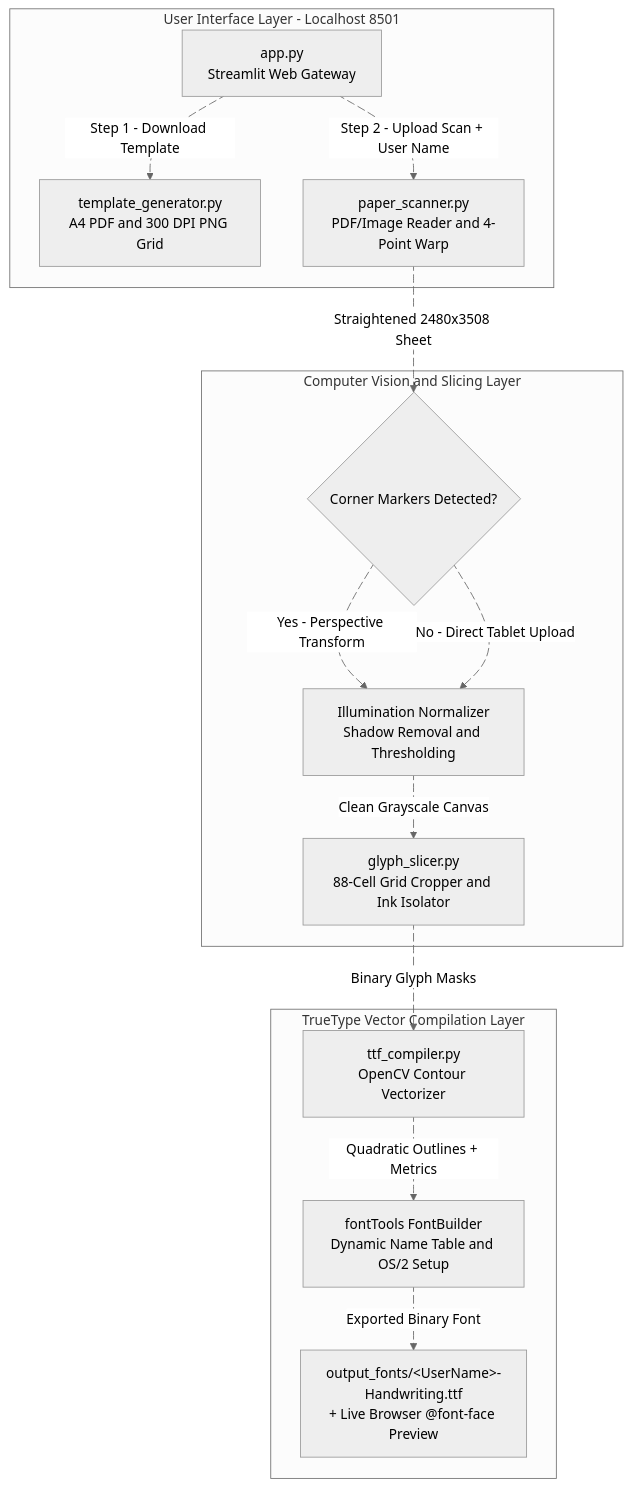
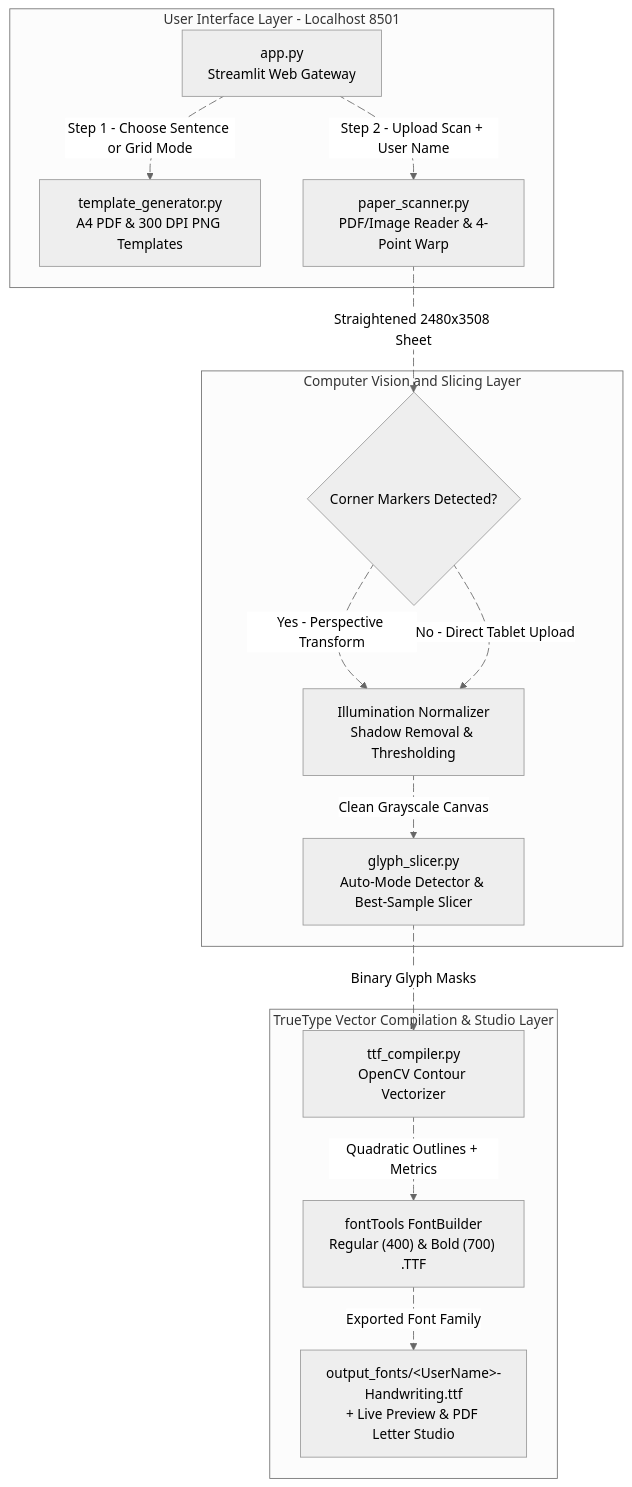
One commit to SRINIVASTA/handwriting-to-ttf changed the diagram in README.md. Above: the diagram before and after it, drawn with Mermaid (neutral theme). The commit also changed other lines of this file, not shown here.

````diff
--- a/README.md
+++ b/README.md
@@ -31,30 +29,30 @@
 ```mermaid
 flowchart TD
     subgraph User_Interface_Layer["User Interface Layer - Localhost 8501"]
-        A["app.py<br>Streamlit Web Gateway"] e1@-->|"Step 1 - Download Template"| B["template_generator.py<br>A4 PDF and 300 DPI PNG Grid"]
-        A e2@-->|"Step 2 - Upload Scan + User Name"| C["paper_scanner.py<br>PDF/Image Reader and 4-Point Warp"]
+        A["app.py<br>Streamlit Web Gateway"] e1@-->|"Step 1 - Choose Sentence or Grid Mode"| B["template_generator.py<br>A4 PDF & 300 DPI PNG Templates"]
+        A e2@-->|"Step 2 - Upload Scan + User Name"| C["paper_scanner.py<br>PDF/Image Reader & 4-Point Warp"]
     end
 
     subgraph Vision_Processing_Layer["Computer Vision and Slicing Layer"]
         C e3@-->|"Straightened 2480x3508 Sheet"| D{"Corner Markers Detected?"}
-        D e4@-->|"Yes - Perspective Transform"| E["Illumination Normalizer<br>Shadow Removal and Thresholding"]
+        D e4@-->|"Yes - Perspective Transform"| E["Illumination Normalizer<br>Shadow Removal & Thresholding"]
         D e5@-->|"No - Direct Tablet Upload"| E
-        E e6@-->|"Clean Grayscale Canvas"| F["glyph_slicer.py<br>88-Cell Grid Cropper and Ink Isolator"]
+        E e6@-->|"Clean Grayscale Canvas"| F["glyph_slicer.py<br>Auto-Mode Detector & Best-Sample Slicer"]
     end
 
-    subgraph Font_Compilation_Layer["TrueType Vector Compilation Layer"]
+    subgraph Font_Compilation_Layer["TrueType Vector Compilation & Studio Layer"]
         F e7@-->|"Binary Glyph Masks"| G["ttf_compiler.py<br>OpenCV Contour Vectorizer"]
-        G e8@-->|"Quadratic Outlines + Metrics"| H["fontTools FontBuilder<br>Dynamic Name Table and OS/2 Setup"]
-        H e9@-->|"Exported Binary Font"| I["output_fonts/&lt;UserName&gt;-Handwriting.ttf<br>+ Live Browser @font-face Preview"]
+        G e8@-->|"Quadratic Outlines + Metrics"| H["fontTools FontBuilder<br>Regular (400) & Bold (700) .TTF"]
+        H e9@-->|"Exported Font Family"| I["output_fonts/&lt;UserName&gt;-Handwriting.ttf<br>+ Live Preview & PDF Letter Studio"]
     end
 
     e1@{ animate: true }
     e2@{ animate: true }
     e3@{ animate: true }
     e4@{ animate: true }
     e5@{ animate: true }
     e6@{ animate: true }
     e7@{ animate: true }
     e8@{ animate: true }
     e9@{ animate: true }
 ```
````
